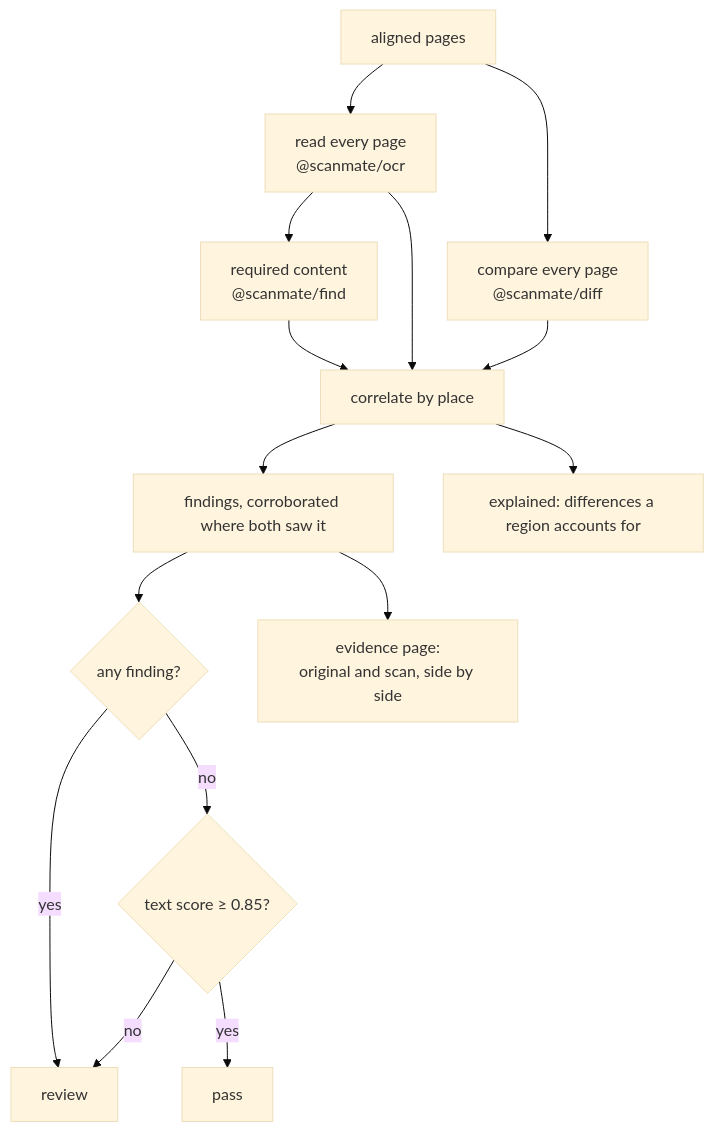
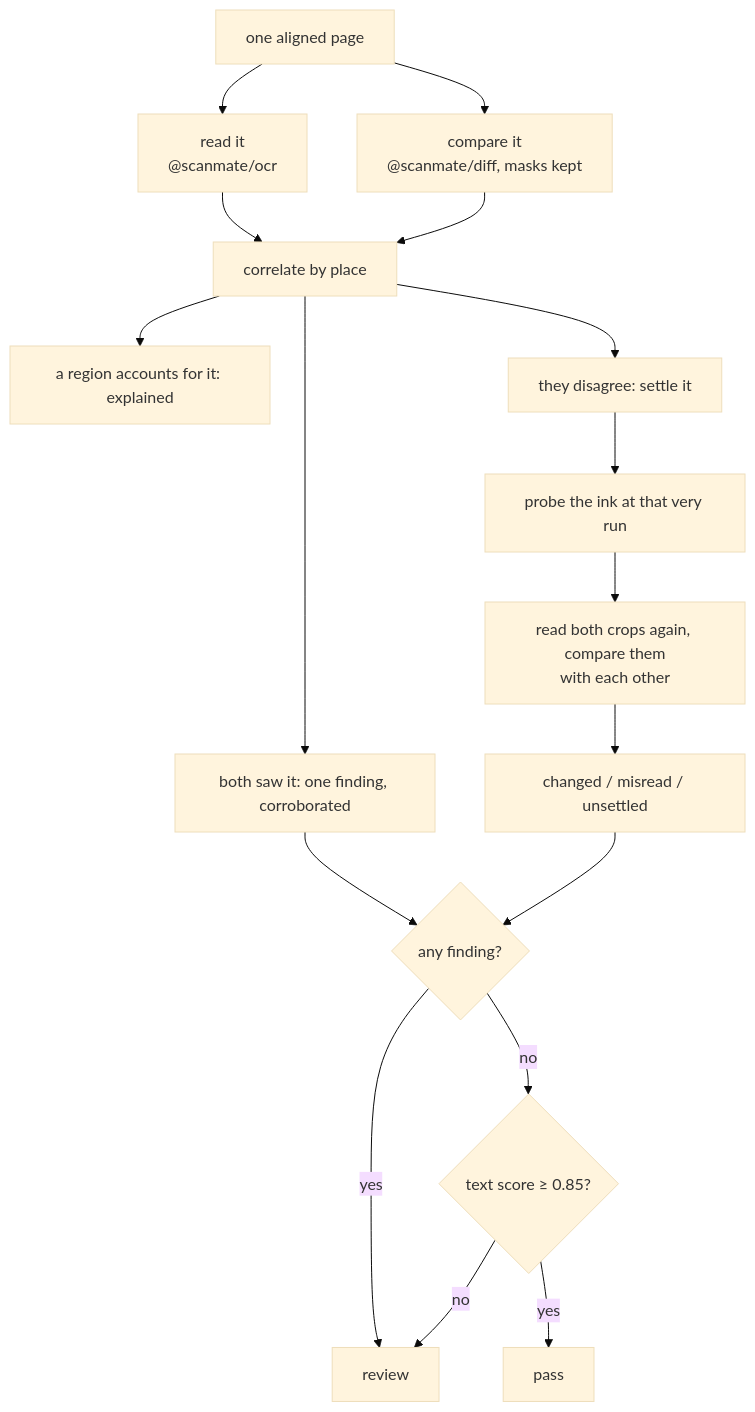
The first of 4 diagrams in packages/audit/documentation/algorithms.md (russoedu/scanmate), drawn with Mermaid (base theme) before and after one commit. The commit also changed other lines of this file and 25 other files, not shown here.

````diff
--- a/packages/audit/documentation/algorithms.md
+++ b/packages/audit/documentation/algorithms.md
@@ -28,17 +37,19 @@
 ```mermaid
 flowchart TD
-  A[aligned pages] --> B[read every page<br/>@scanmate/ocr]
-  A --> C[compare every page<br/>@scanmate/diff]
-  B --> D[required content<br/>@scanmate/find]
-  B --> E[correlate by place]
-  C --> E
-  D --> E
-  E --> F[findings, corroborated where both saw it]
-  E --> G[explained: differences a region accounts for]
-  F --> H{any finding?}
-  H -->|yes| I[review]
-  H -->|no| J{text score ≥ 0.85?}
-  J -->|no| I
-  J -->|yes| K[pass]
-  F --> L[evidence page:<br/>original and scan, side by side]
+  A[one aligned page] --> B[read it<br/>@scanmate/ocr]
+  A --> C[compare it<br/>@scanmate/diff, masks kept]
+  B --> D[correlate by place]
+  C --> D
+  D --> E[both saw it: one finding, corroborated]
+  D --> F[a region accounts for it: explained]
+  D --> G[they disagree: settle it]
+  G --> H[probe the ink at that very run]
+  H --> I[read both crops again, compare them<br/>with each other]
+  I --> J[changed / misread / unsettled]
+  E --> K{any finding?}
+  J --> K
+  K -->|yes| L[review]
+  K -->|no| M{text score ≥ 0.85?}
+  M -->|no| L
+  M -->|yes| N[pass]
 ```
````
